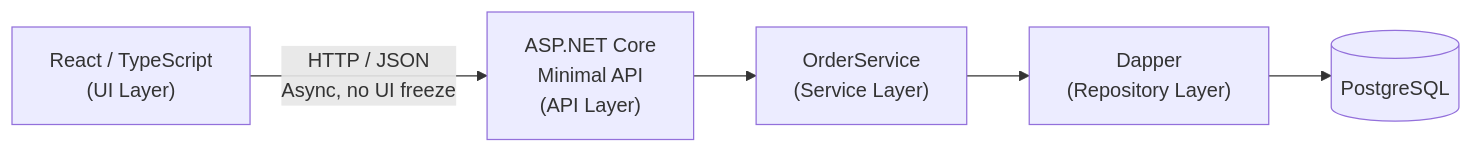
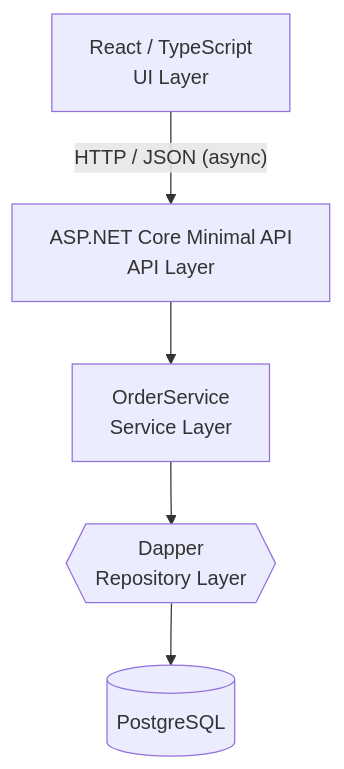
The second of 3 diagrams in README.en.md (yktsnet/order-system-migration), drawn with Mermaid before and after one commit. The commit also changed 1 other file, not shown here.

Commit message:
docs(readme): switch the target-architecture diagram to TD
レイヤ5段を LR で並べていたため横に伸び、GitHub 上で文字が縮んでいた。
層構造は縦に積む方が短く、対比相手の現状図とも並びが揃う。

````diff
--- a/README.en.md
+++ b/README.en.md
@@ -153,12 +153,8 @@
 ```mermaid
-graph LR
-    React["React / TypeScript\n(UI Layer)"]
-    API["ASP.NET Core\nMinimal API\n(API Layer)"]
-    SVC["OrderService\n(Service Layer)"]
-    DAP["Dapper\n(Repository Layer)"]
-    DB[("PostgreSQL")]
-    React -->|"HTTP / JSON\nAsync, no UI freeze"| API
-    API --> SVC
-    SVC --> DAP
-    DAP --> DB
+flowchart TD
+    React["React / TypeScript<br/>UI Layer"]
+    React -->|"HTTP / JSON (async)"| API["ASP.NET Core Minimal API<br/>API Layer"]
+    API --> SVC["OrderService<br/>Service Layer"]
+    SVC --> DAP{{"Dapper<br/>Repository Layer"}}
+    DAP --> DB[("PostgreSQL")]
 ```
````
